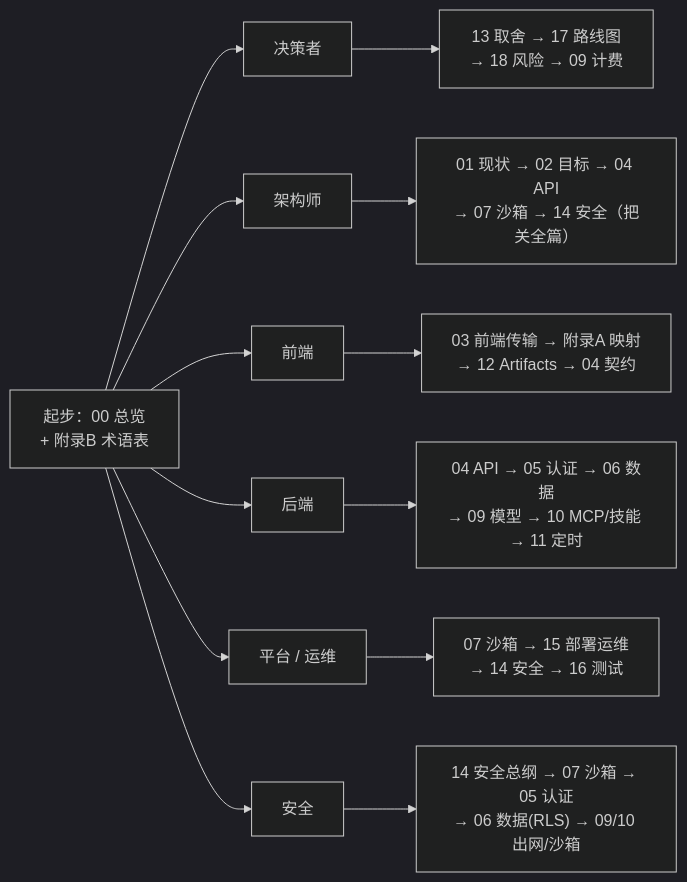
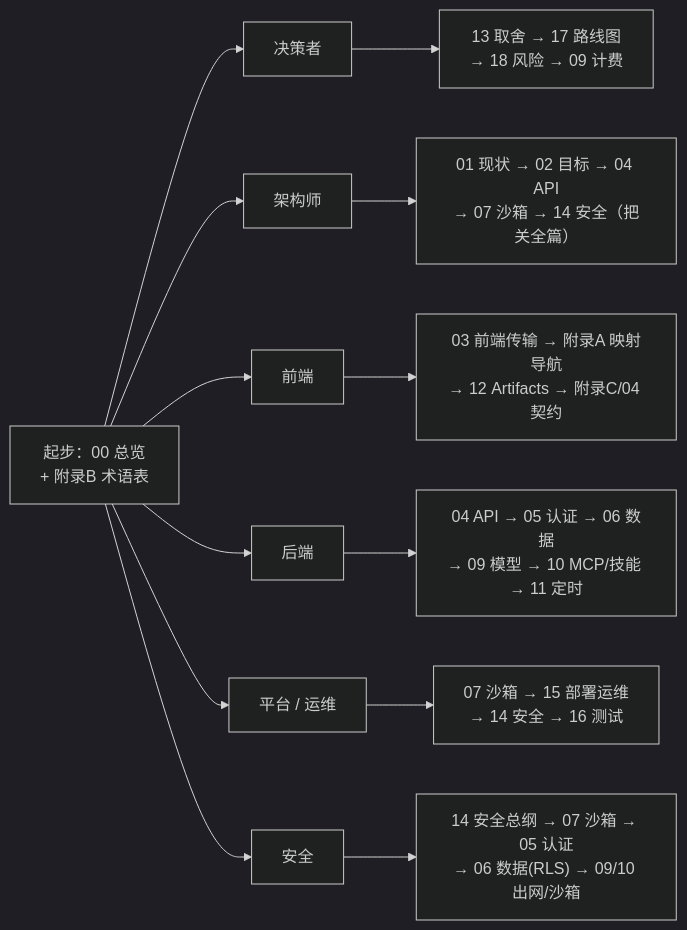
The diagram in 改造计划/附录B-术语表与阅读指南.md (edward-ng-duke/LobsterAI), drawn with Mermaid (dark theme) before and after one commit. The commit also changed other lines of this file and 27 other files, not shown here.

````diff
--- a/改造计划/附录B-术语表与阅读指南.md
+++ b/改造计划/附录B-术语表与阅读指南.md
@@ -184,17 +185,17 @@
 ```mermaid
 flowchart LR
   Start["起步：00 总览<br/>+ 附录B 术语表"]
   Start --> Dec["决策者"]
   Start --> Arch["架构师"]
   Start --> FE["前端"]
   Start --> BE["后端"]
   Start --> Ops["平台 / 运维"]
   Start --> Sec["安全"]
 
   Dec --> D1["13 取舍 → 17 路线图<br/>→ 18 风险 → 09 计费"]
   Arch --> A1["01 现状 → 02 目标 → 04 API<br/>→ 07 沙箱 → 14 安全（把关全篇）"]
-  FE --> F1["03 前端传输 → 附录A 映射<br/>→ 12 Artifacts → 04 契约"]
+  FE --> F1["03 前端传输 → 附录A 映射导航<br/>→ 12 Artifacts → 附录C/04 契约"]
   BE --> B1["04 API → 05 认证 → 06 数据<br/>→ 09 模型 → 10 MCP/技能 → 11 定时"]
   Ops --> O1["07 沙箱 → 15 部署运维<br/>→ 14 安全 → 16 测试"]
   Sec --> S1["14 安全总纲 → 07 沙箱 → 05 认证<br/>→ 06 数据(RLS) → 09/10 出网/沙箱"]
 ```
````
